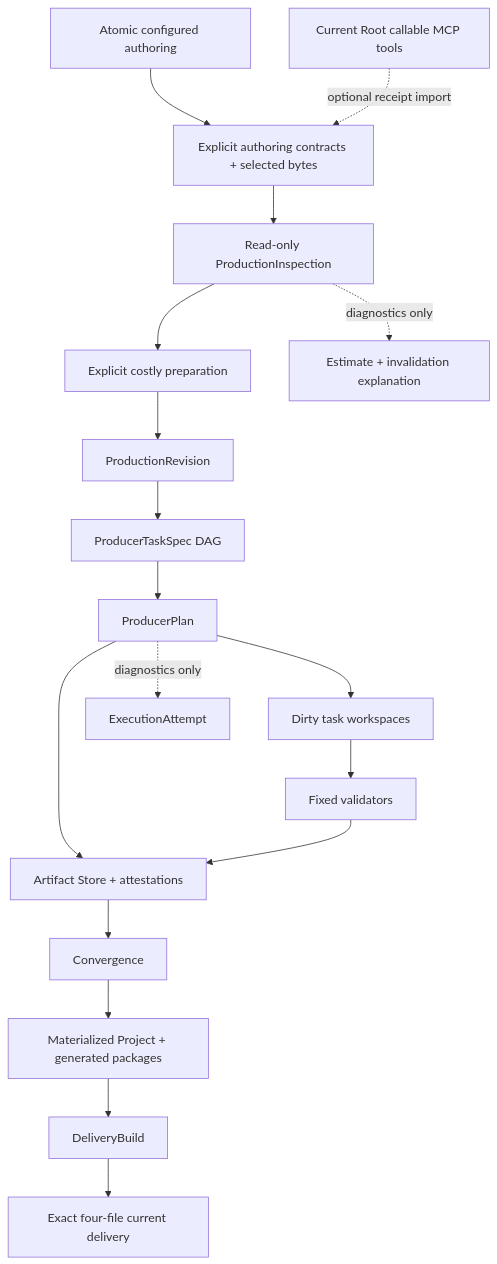
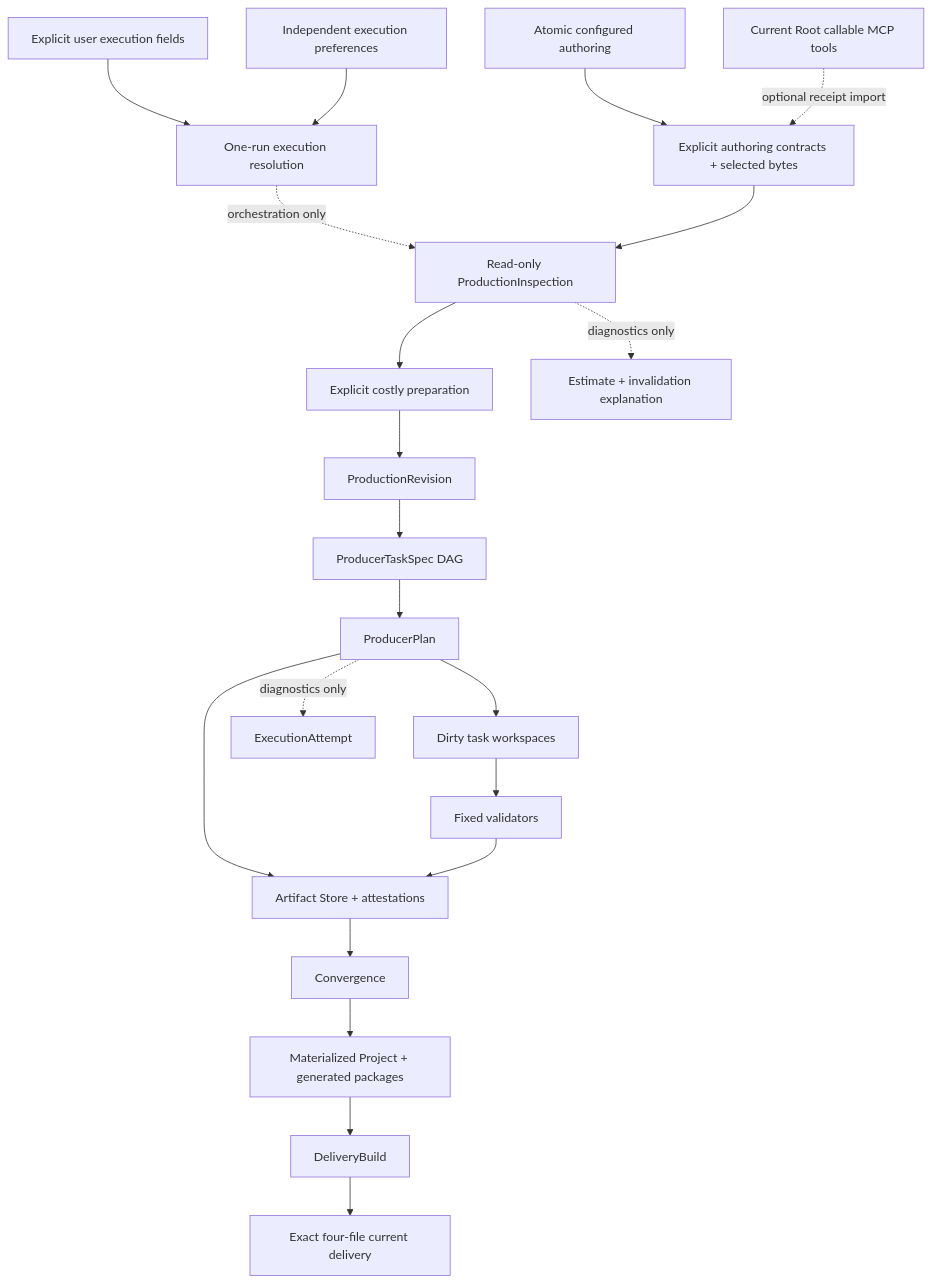
One commit to AXMORF/axmorf-studio changed the diagram in docs/ARCHITECTURE.md. Above: the diagram before and after it, drawn with Mermaid. The commit also changed other lines of this file and 38 other files, not shown here.

````diff
--- a/docs/ARCHITECTURE.md
+++ b/docs/ARCHITECTURE.md
@@ -29,20 +30,23 @@
 ```mermaid
 flowchart TD
   Create[Atomic configured authoring] --> Inputs[Explicit authoring contracts + selected bytes]
   AgentTools[Current Root callable MCP tools] -. optional receipt import .-> Inputs
+  Prompt[Explicit user execution fields] --> Execution[One-run execution resolution]
+  Settings[Independent execution preferences] --> Execution
+  Execution -. orchestration only .-> Inspection
   Inputs --> Inspection[Read-only ProductionInspection]
   Inspection --> Prepare[Explicit costly preparation]
   Prepare --> Revision[ProductionRevision]
   Revision --> Tasks[ProducerTaskSpec DAG]
   Tasks --> Plan[ProducerPlan]
   Plan --> Work[Dirty task workspaces]
   Plan --> Artifacts[Reused artifacts]
   Work --> Validator[Fixed validators]
   Validator --> Artifacts[Artifact Store + attestations]
   Artifacts --> Converge[Convergence]
   Converge --> Live[Materialized Project + generated packages]
   Live --> Delivery[DeliveryBuild]
   Delivery --> Current[Exact four-file current delivery]
   Inspection -. diagnostics only .-> Explanation[Estimate + invalidation explanation]
   Plan -. diagnostics only .-> Attempt[ExecutionAttempt]
 ```
````
